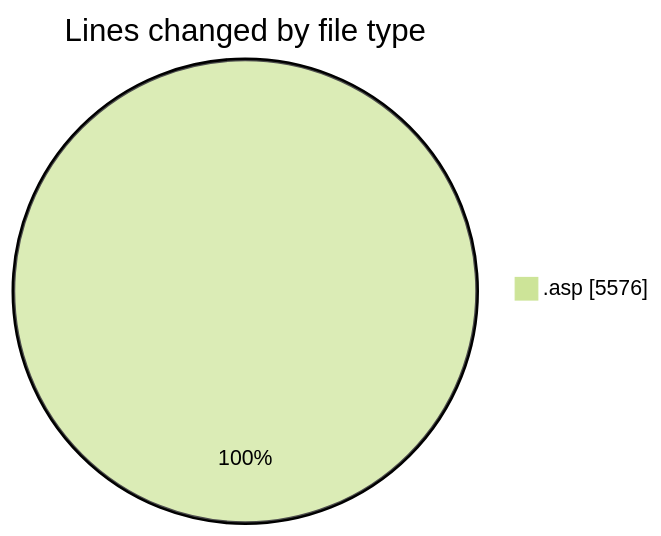
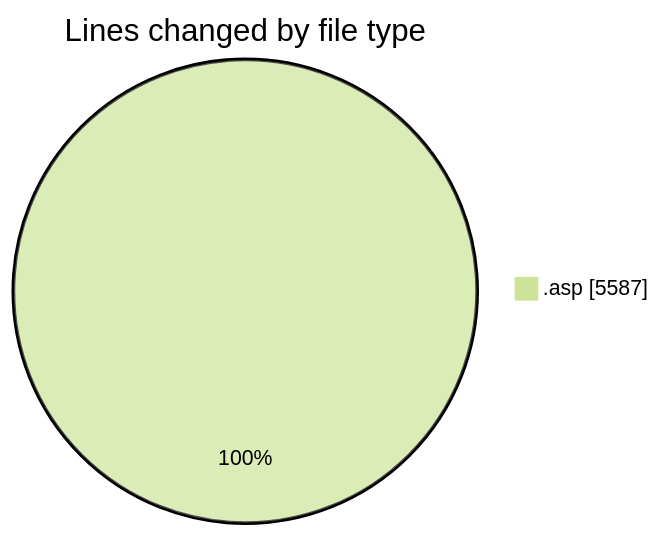
The first of 2 diagrams in 2025-11-10/cdp_aleoudev_fr__workspace_/README.md (julien-gomy/code-tracking), drawn with Mermaid (forest theme) before and after one commit. The commit also changed other lines of this file and 1 other file, not shown here.

````diff
--- a/2025-11-10/cdp_aleoudev_fr__workspace_/README.md
+++ b/2025-11-10/cdp_aleoudev_fr__workspace_/README.md
@@ -34,5 +34,5 @@
 ```mermaid
 pie showData
 title Lines changed by file type
-".asp" : 5576
+".asp" : 5587
 ```
````
